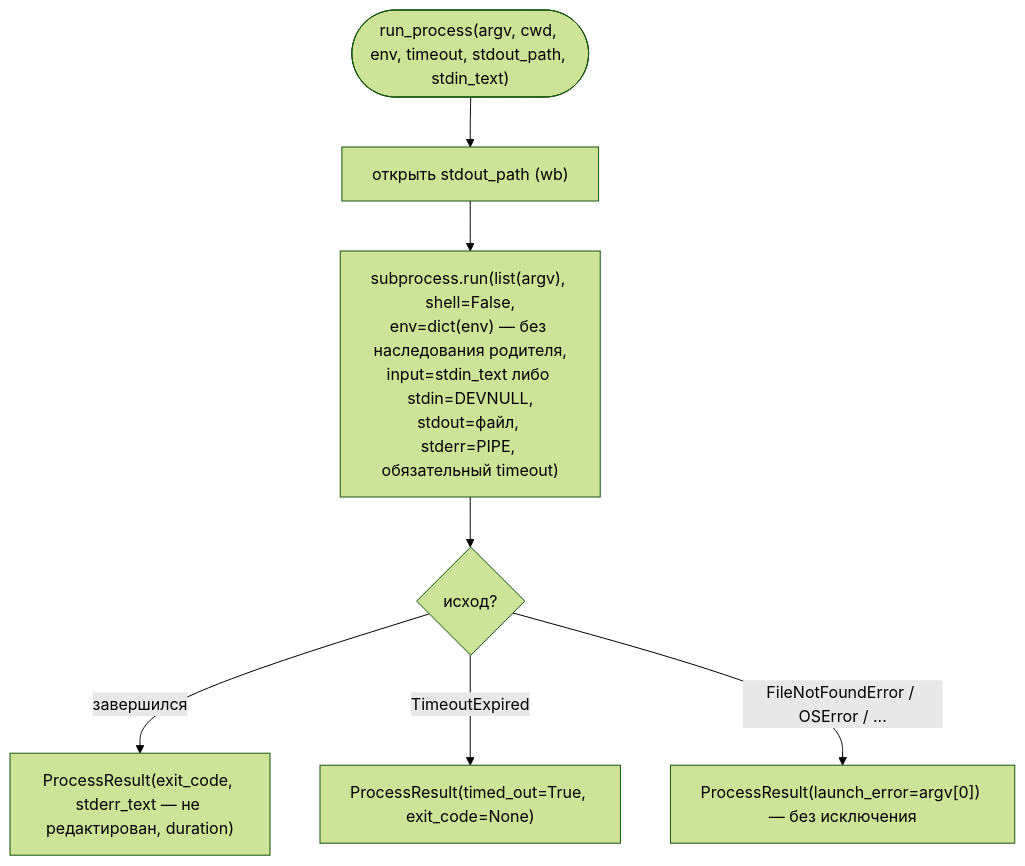
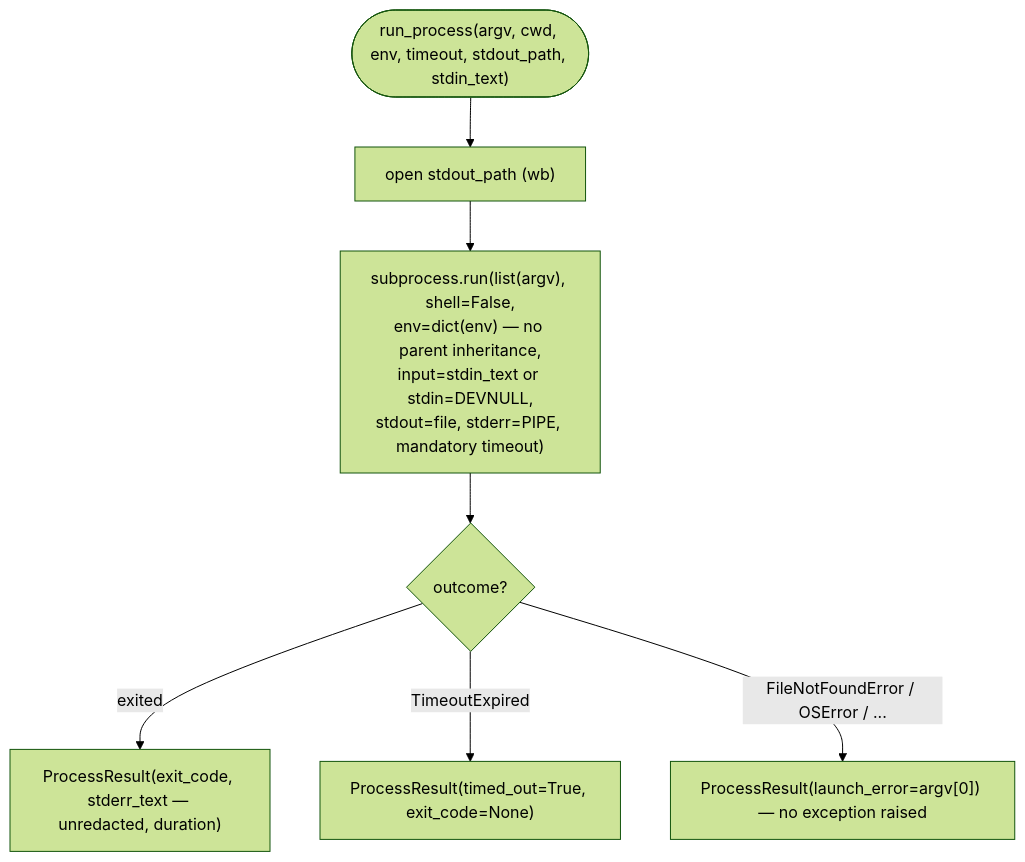
The diagram in docs/functional/blocks/B19-subprocess-runner.md (VladimirMakarevich/wastech-orchestrator), drawn with Mermaid (forest theme) before and after one commit. The commit also changed other lines of this file and 41 other files, not shown here.

Commit message:
docs: translate system flows documentation from Russian to English, ensuring clarity and consistency in terminology. Update sequence diagrams and flowcharts to reflect the changes in language. Maintain the structure and references to blocks for ease of navigation.

````diff
--- a/docs/functional/blocks/B19-subprocess-runner.md
+++ b/docs/functional/blocks/B19-subprocess-runner.md
@@ -47,9 +47,9 @@
 ```mermaid
 flowchart TB
-    start(["run_process(argv, cwd, env, timeout, stdout_path, stdin_text)"]) --> open["открыть stdout_path (wb)"]
-    open --> run["subprocess.run(list(argv), shell=False,<br/>env=dict(env) — без наследования родителя,<br/>input=stdin_text либо stdin=DEVNULL,<br/>stdout=файл, stderr=PIPE, обязательный timeout)"]
-    run --> r{"исход?"}
-    r -->|"завершился"| ok["ProcessResult(exit_code, stderr_text — не редактирован, duration)"]
+    start(["run_process(argv, cwd, env, timeout, stdout_path, stdin_text)"]) --> open["open stdout_path (wb)"]
+    open --> run["subprocess.run(list(argv), shell=False,<br/>env=dict(env) — no parent inheritance,<br/>input=stdin_text or stdin=DEVNULL,<br/>stdout=file, stderr=PIPE, mandatory timeout)"]
+    run --> r{"outcome?"}
+    r -->|"exited"| ok["ProcessResult(exit_code, stderr_text — unredacted, duration)"]
     r -->|"TimeoutExpired"| to["ProcessResult(timed_out=True, exit_code=None)"]
-    r -->|"FileNotFoundError / OSError / ..."| le["ProcessResult(launch_error=argv[0]) — без исключения"]
+    r -->|"FileNotFoundError / OSError / ..."| le["ProcessResult(launch_error=argv[0]) — no exception raised"]
 ```
````
